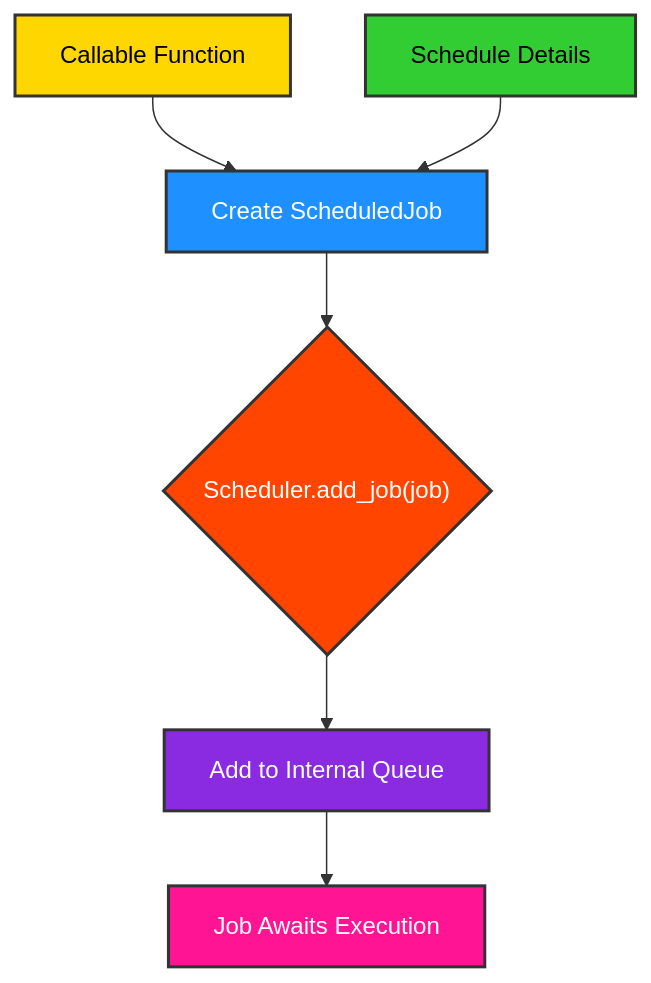
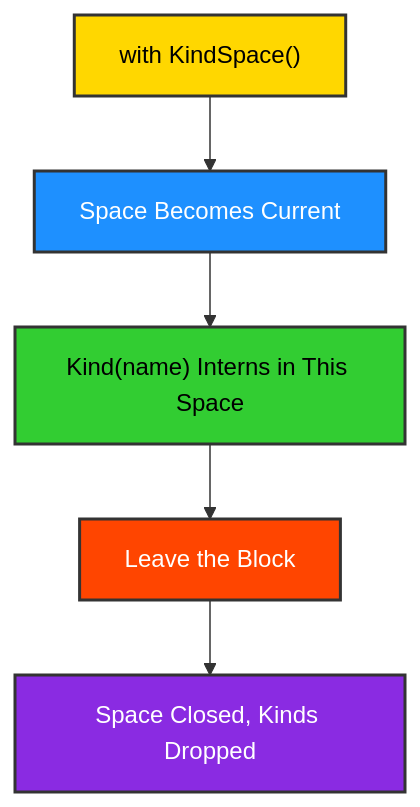
Before and after one commit to ikko/kind: diagram 13 of 13 in docs/topics/8_api_highlights/index.md, drawn with Mermaid. The commit also changed other lines of this file and 78 other files, not shown here.

First line of the commit message:
v0.2.0: KindSpace makes the global state explicit; time is opt-in; scheduling is its own package

````diff
--- a/docs/topics/8_api_highlights/index.md
+++ b/docs/topics/8_api_highlights/index.md
@@ -732,15 +706,13 @@
 ```mermaid
 graph TD
-    A[Callable Function] --> B[Create ScheduledJob];
-    C[Schedule Details] --> B;
-    B --> D{Scheduler.add_job#40;job#41;};
-    D --> E[Add to Internal Queue];
-    E --> F[Job Awaits Execution];
+    A[with KindSpace#40;#41;] --> B[Space Becomes Current];
+    B --> C[Kind#40;name#41; Interns in This Space];
+    C --> D[Leave the Block];
+    D --> E[Space Closed, Kinds Dropped];
 
     style A fill:#FFD700,stroke:#333,stroke-width:2px,color:#000000;
     style B fill:#1E90FF,stroke:#333,stroke-width:2px,color:#FFFFFF;
     style C fill:#32CD32,stroke:#333,stroke-width:2px,color:#000000;
     style D fill:#FF4500,stroke:#333,stroke-width:2px,color:#FFFFFF;
     style E fill:#8A2BE2,stroke:#333,stroke-width:2px,color:#FFFFFF;
-    style F fill:#FF1493,stroke:#333,stroke-width:2px,color:#FFFFFF;
 ```
````
